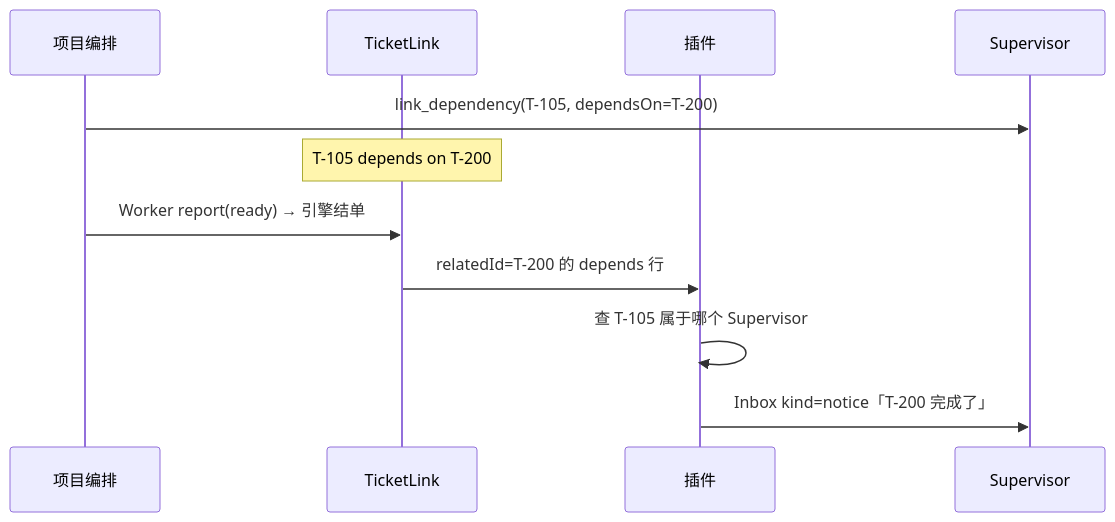
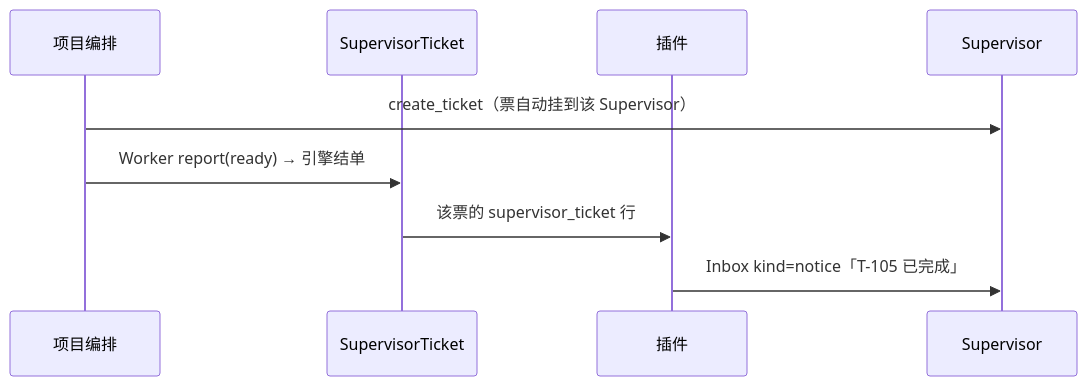
The ninth of 11 diagrams in docs/flow.md (hairyfbot/dsh-supermesh), drawn with Mermaid before and after one commit. The commit also changed other lines of this file and 12 other files, not shown here.

````diff
--- a/docs/flow.md
+++ b/docs/flow.md
@@ -308,14 +308,12 @@
 ```mermaid
 sequenceDiagram
     participant P as 项目编排
-    participant DB as TicketLink
+    participant DB as SupervisorTicket
     participant K as 插件
     participant S as Supervisor
 
-    P->>S: link_dependency(T-105, dependsOn=T-200)
-    Note over DB: T-105 depends on T-200
+    P->>S: create_ticket（票自动挂到该 Supervisor）
     P->>DB: Worker report(ready) → 引擎结单
-    DB->>K: relatedId=T-200 的 depends 行
-    K->>K: 查 T-105 属于哪个 Supervisor
-    K->>S: Inbox kind=notice「T-200 完成了」
+    DB->>K: 该票的 supervisor_ticket 行
+    K->>S: Inbox kind=notice「T-105 已完成」
 ```
````
